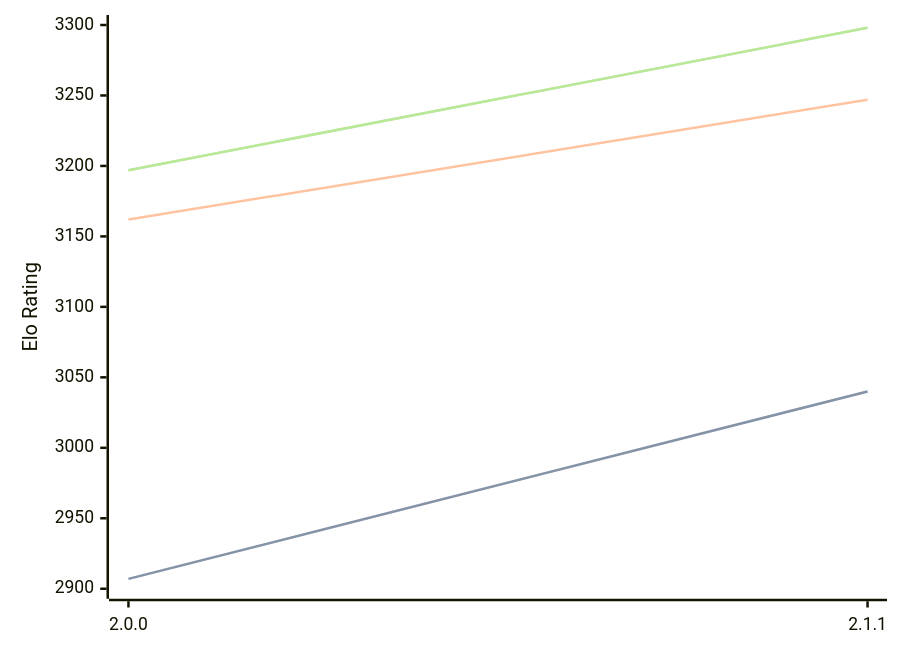
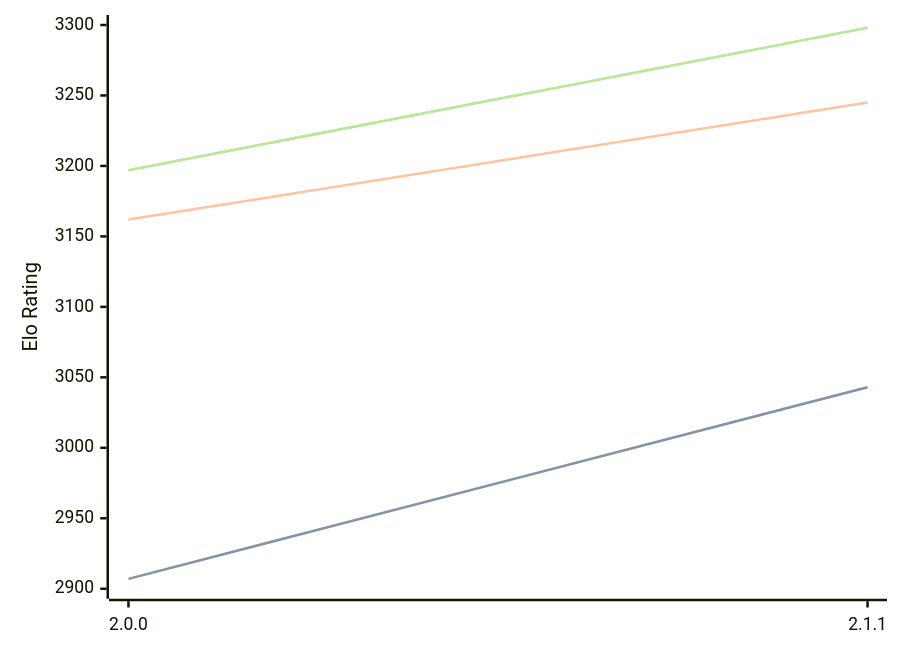
Before and after one commit to computer-chess-index/cci: the diagram in engines/Bread.md, drawn with Mermaid. The commit also changed other lines of this file, not shown here.

Commit message:
Update CCI Ratings (ELO VLTC) - 2026-03-05

````diff
--- a/engines/Bread.md
+++ b/engines/Bread.md
@@ -48,11 +48,11 @@
 ```mermaid
 %%{init: {"theme":"base","themeVariables":{"seriesColors:['#a3a3a3','#222221','#faa371']}}}%%
 xychart-beta
   x-axis ["2.0.0", "2.1.1"]
   y-axis "Elo Rating" 2900 --> 3300
-  line "STC (8.0+0.08s)" [2907, 3040]
-  line "STC (8.0+0.08s)" [2907, 3040]
-  line "LTC (60.0+0.60s)" [3162, 3247]
+  line "STC (8.0+0.08s)" [2907, 3043]
+  line "STC (8.0+0.08s)" [2907, 3043]
+  line "LTC (60.0+0.60s)" [3162, 3245]
   line "VLTC (2m24s+1.12s)" [3197, 3298]
   line "VLTC (2m24s+1.12s)" [3197, 3298]
 ```
````
